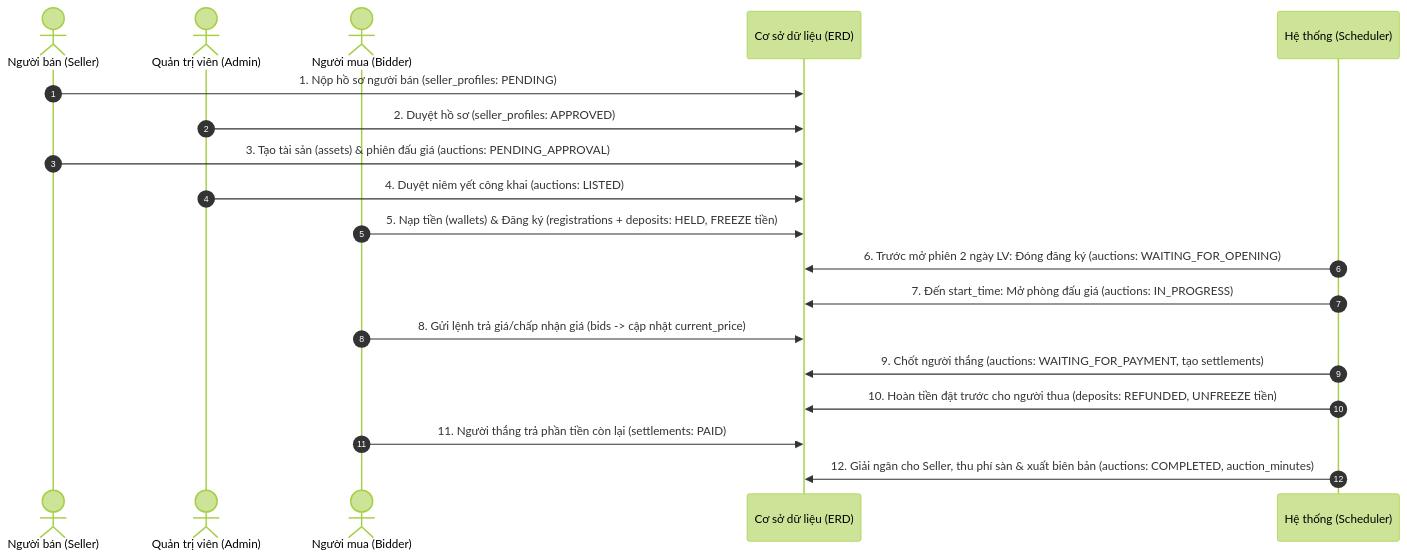
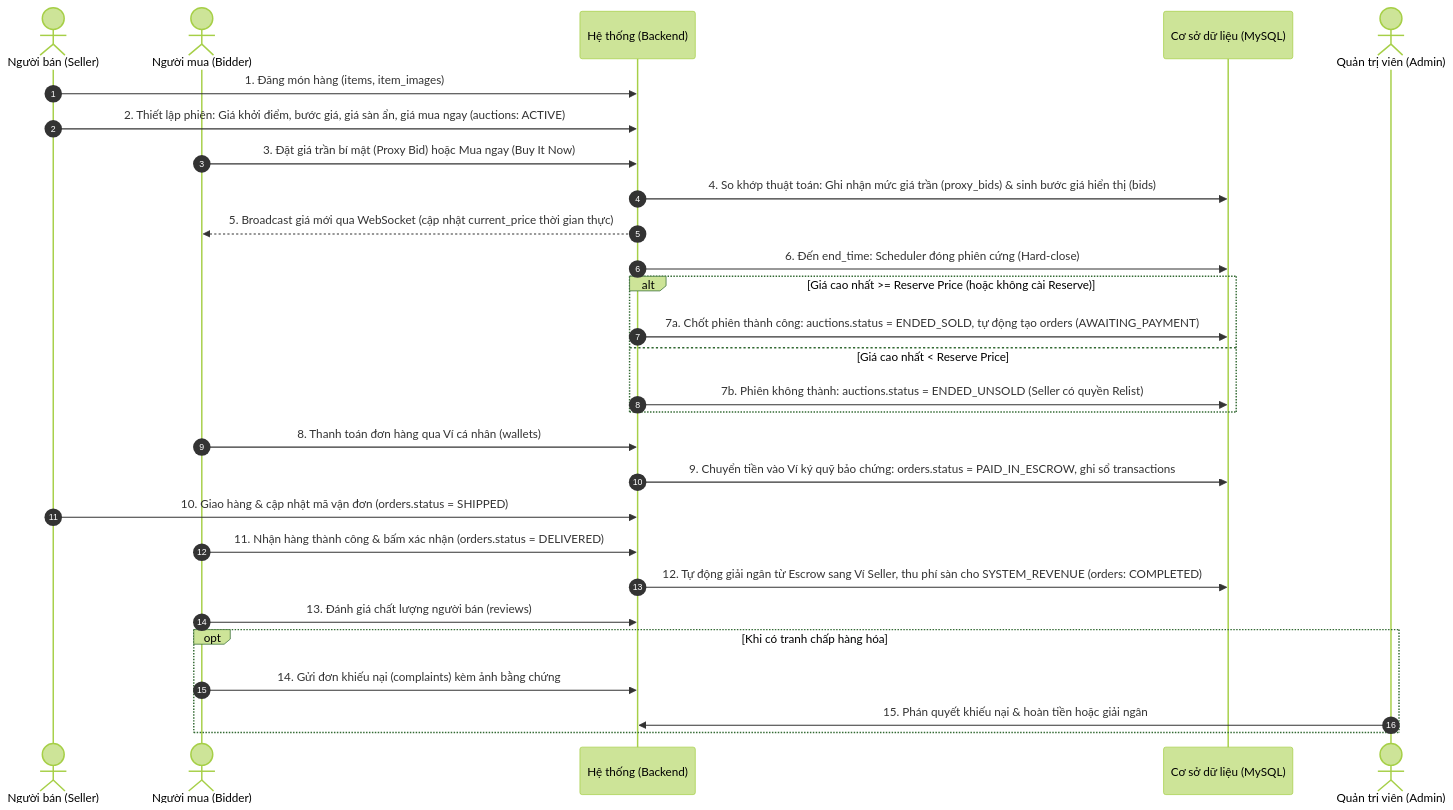
Before and after one commit to CoinSs0903/PROJECT_1: the diagram in docs/ERD_EXPLANATION_AND_COMPARISON.md, drawn with Mermaid (forest theme). The commit also changed other lines of this file and 7 other files, not shown here.

Commit message:
chore(docs): clean up obsolete 19-table schema files and update README to reflect online auction platform

````diff
--- a/docs/ERD_EXPLANATION_AND_COMPARISON.md
+++ b/docs/ERD_EXPLANATION_AND_COMPARISON.md
@@ -94,22 +97,42 @@
 ```mermaid
 sequenceDiagram
     autonumber
     actor Seller as Người bán (Seller)
+    actor Bidder as Người mua (Bidder)
+    participant Server as Hệ thống (Backend)
+    participant DB as Cơ sở dữ liệu (MySQL)
     actor Admin as Quản trị viên (Admin)
-    actor Bidder as Người mua (Bidder)
-    participant DB as Cơ sở dữ liệu (ERD)
-    participant System as Hệ thống (Scheduler)
 
-    Seller->>DB: 1. Nộp hồ sơ người bán (seller_profiles: PENDING)
-    Admin->>DB: 2. Duyệt hồ sơ (seller_profiles: APPROVED)
-    Seller->>DB: 3. Tạo tài sản (assets) & phiên đấu giá (auctions: PENDING_APPROVAL)
-    Admin->>DB: 4. Duyệt niêm yết công khai (auctions: LISTED)
-    Bidder->>DB: 5. Nạp tiền (wallets) & Đăng ký (registrations + deposits: HELD, FREEZE tiền)
-    System->>DB: 6. Trước mở phiên 2 ngày LV: Đóng đăng ký (auctions: WAITING_FOR_OPENING)
-    System->>DB: 7. Đến start_time: Mở phòng đấu giá (auctions: IN_PROGRESS)
-    Bidder->>DB: 8. Gửi lệnh trả giá/chấp nhận giá (bids -> cập nhật current_price)
-    System->>DB: 9. Chốt người thắng (auctions: WAITING_FOR_PAYMENT, tạo settlements)
-    System->>DB: 10. Hoàn tiền đặt trước cho người thua (deposits: REFUNDED, UNFREEZE tiền)
-    Bidder->>DB: 11. Người thắng trả phần tiền còn lại (settlements: PAID)
-    System->>DB: 12. Giải ngân cho Seller, thu phí sàn & xuất biên bản (auctions: COMPLETED, auction_minutes)
+    %% Giai đoạn 1: Đăng bán
+    Seller->>Server: 1. Đăng món hàng (items, item_images)
+    Seller->>Server: 2. Thiết lập phiên: Giá khởi điểm, bước giá, giá sàn ẩn, giá mua ngay (auctions: ACTIVE)
+    
+    %% Giai đoạn 2: Đấu giá & Proxy Bidding
+    Bidder->>Server: 3. Đặt giá trần bí mật (Proxy Bid) hoặc Mua ngay (Buy It Now)
+    Server->>DB: 4. So khớp thuật toán: Ghi nhận mức giá trần (proxy_bids) & sinh bước giá hiển thị (bids)
+    Server-->>Bidder: 5. Broadcast giá mới qua WebSocket (cập nhật current_price thời gian thực)
+    
+    %% Giai đoạn 3: Đóng phiên & Tạo đơn hàng
+    Server->>DB: 6. Đến end_time: Scheduler đóng phiên cứng (Hard-close)
+    alt Giá cao nhất >= Reserve Price (hoặc không cài Reserve)
+        Server->>DB: 7a. Chốt phiên thành công: auctions.status = ENDED_SOLD, tự động tạo orders (AWAITING_PAYMENT)
+    else Giá cao nhất < Reserve Price
+        Server->>DB: 7b. Phiên không thành: auctions.status = ENDED_UNSOLD (Seller có quyền Relist)
+    end
+    
+    %% Giai đoạn 4: Thanh toán ví bảo chứng (Escrow)
+    Bidder->>Server: 8. Thanh toán đơn hàng qua Ví cá nhân (wallets)
+    Server->>DB: 9. Chuyển tiền vào Ví ký quỹ bảo chứng: orders.status = PAID_IN_ESCROW, ghi sổ transactions
+    
+    %% Giai đoạn 5: Giao vận & Giải ngân
+    Seller->>Server: 10. Giao hàng & cập nhật mã vận đơn (orders.status = SHIPPED)
+    Bidder->>Server: 11. Nhận hàng thành công & bấm xác nhận (orders.status = DELIVERED)
+    Server->>DB: 12. Tự động giải ngân từ Escrow sang Ví Seller, thu phí sàn cho SYSTEM_REVENUE (orders: COMPLETED)
+    
+    %% Giai đoạn 6: Đánh giá & Khiếu nại
+    Bidder->>Server: 13. Đánh giá chất lượng người bán (reviews)
+    opt Khi có tranh chấp hàng hóa
+        Bidder->>Server: 14. Gửi đơn khiếu nại (complaints) kèm ảnh bằng chứng
+        Admin->>Server: 15. Phán quyết khiếu nại & hoàn tiền hoặc giải ngân
+    end
 ```
````
